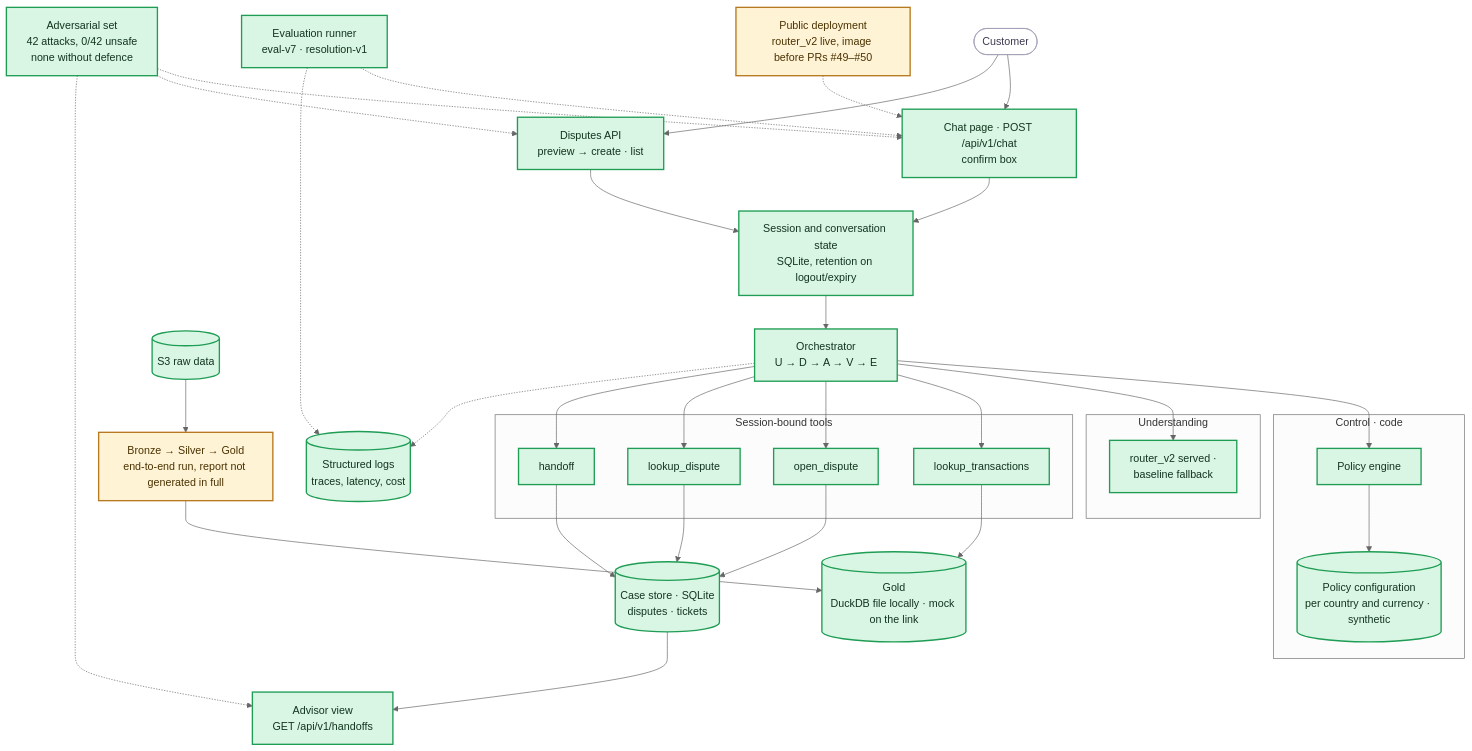
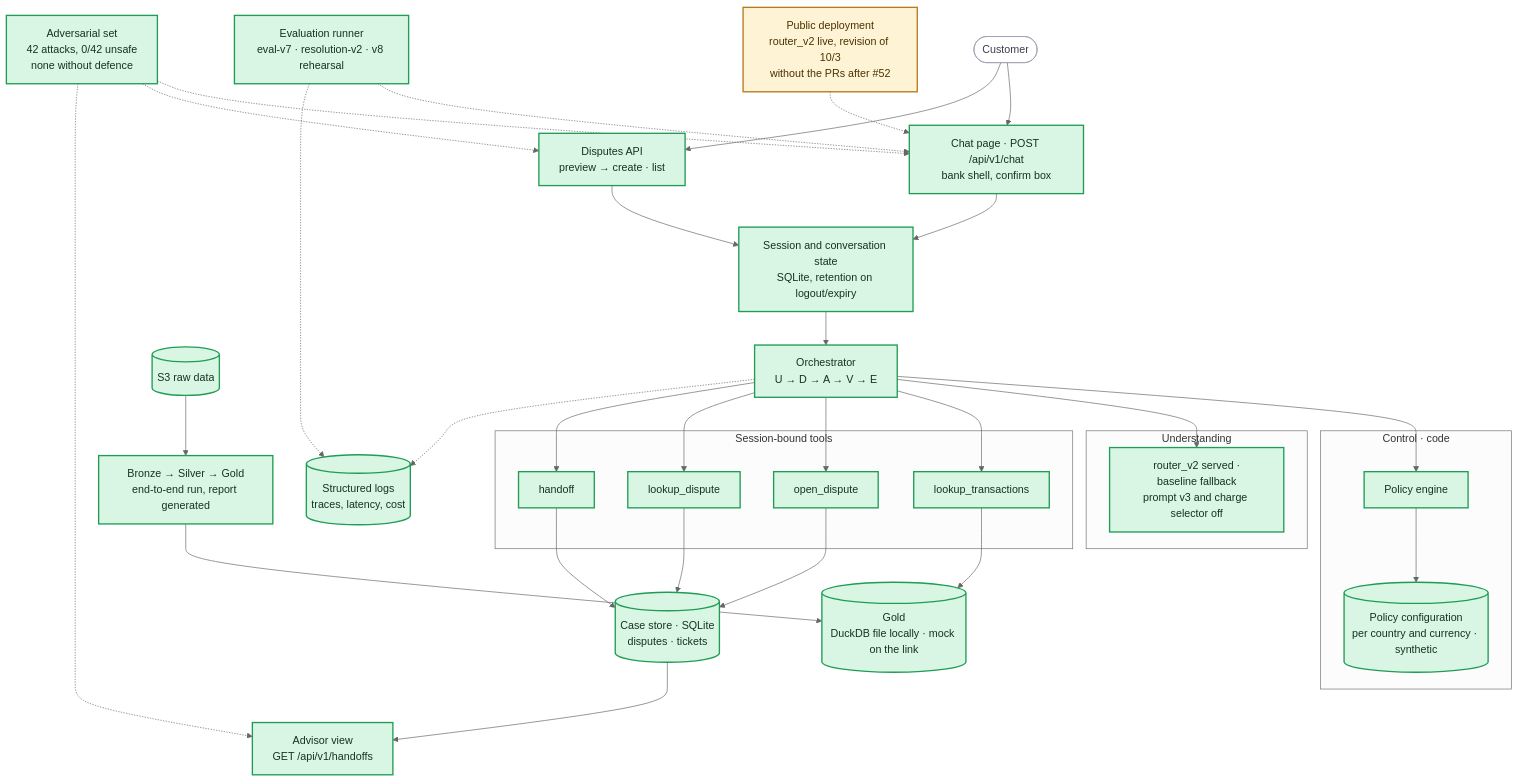
One commit to rdorta27/factored-hackathon-2026-sentinel-engine changed the diagram in team/component-status.md. Above: the diagram before and after it, drawn with Mermaid (neutral theme). The commit also changed other lines of this file and 4 other files, not shown here.

````diff
--- a/team/component-status.md
+++ b/team/component-status.md
@@ -7,50 +7,50 @@
 ```mermaid
 flowchart TB
-    client(["Customer"]) --> chat["Chat page · POST /api/v1/chat<br/>confirm box"]
+    client(["Customer"]) --> chat["Chat page · POST /api/v1/chat<br/>bank shell, confirm box"]
     client --> dapi["Disputes API<br/>preview → create · list"]
     chat --> session["Session and conversation state<br/>SQLite, retention on logout/expiry"]
     dapi --> session
     session --> orch["Orchestrator<br/>U → D → A → V → E"]
 
     subgraph control["Control · code"]
         policy["Policy engine"]
         config[("Policy configuration<br/>per country and currency · synthetic")]
         policy --> config
     end
     subgraph toolset["Session-bound tools"]
         lookup["lookup_transactions"]
         open["open_dispute"]
         verify["lookup_dispute"]
         handoff["handoff"]
     end
     subgraph brain["Understanding"]
-        learned["router_v2 served ·<br/>baseline fallback"]
+        learned["router_v2 served ·<br/>baseline fallback<br/>prompt v3 and charge selector off"]
     end
 
     orch --> policy
     orch --> learned
     orch --> lookup & open & verify & handoff
     lookup --> gold[("Gold<br/>DuckDB file locally · mock on the link")]
     open --> cases[("Case store · SQLite<br/>disputes · tickets")]
     verify --> cases
     handoff --> cases
     cases --> aview["Advisor view<br/>GET /api/v1/handoffs"]
     orch -.-> logs[("Structured logs<br/>traces, latency, cost")]
-    evalr["Evaluation runner<br/>eval-v7 · resolution-v1"] -.-> chat
+    evalr["Evaluation runner<br/>eval-v7 · resolution-v2 · v8 rehearsal"] -.-> chat
     evalr -.-> logs
     tests["Adversarial set<br/>42 attacks, 0/42 unsafe<br/>none without defence"] -.-> chat
     tests -.-> dapi
     tests -.-> aview
-    s3[("S3 raw data")] --> pipeline["Bronze → Silver → Gold<br/>end-to-end run, report not generated in full"]
+    s3[("S3 raw data")] --> pipeline["Bronze → Silver → Gold<br/>end-to-end run, report generated"]
     pipeline --> gold
-    deploy["Public deployment<br/>router_v2 live, image before PRs #49–#50"] -.-> chat
+    deploy["Public deployment<br/>router_v2 live, revision of 10/3<br/>without the PRs after #52"] -.-> chat
 
     classDef done fill:#d9f5e3,stroke:#1f9d55,stroke-width:2px,color:#12351f
     classDef partial fill:#fff3d6,stroke:#b7791f,stroke-width:2px,color:#4a3200
     classDef missing fill:#ffe3e3,stroke:#d33f3f,stroke-width:2px,color:#4a1111
     classDef ext fill:#ffffff,stroke:#a09cb5,stroke-width:1px,color:#3d3a4f
-    class chat,dapi,session,orch,policy,config,lookup,open,verify,handoff,cases,aview,logs,evalr,tests,learned,gold done
-    class pipeline,deploy partial
+    class chat,dapi,session,orch,policy,config,lookup,open,verify,handoff,cases,aview,logs,evalr,tests,learned,gold,pipeline done
+    class deploy partial
     class s3 done
     class client ext
 ```
````
